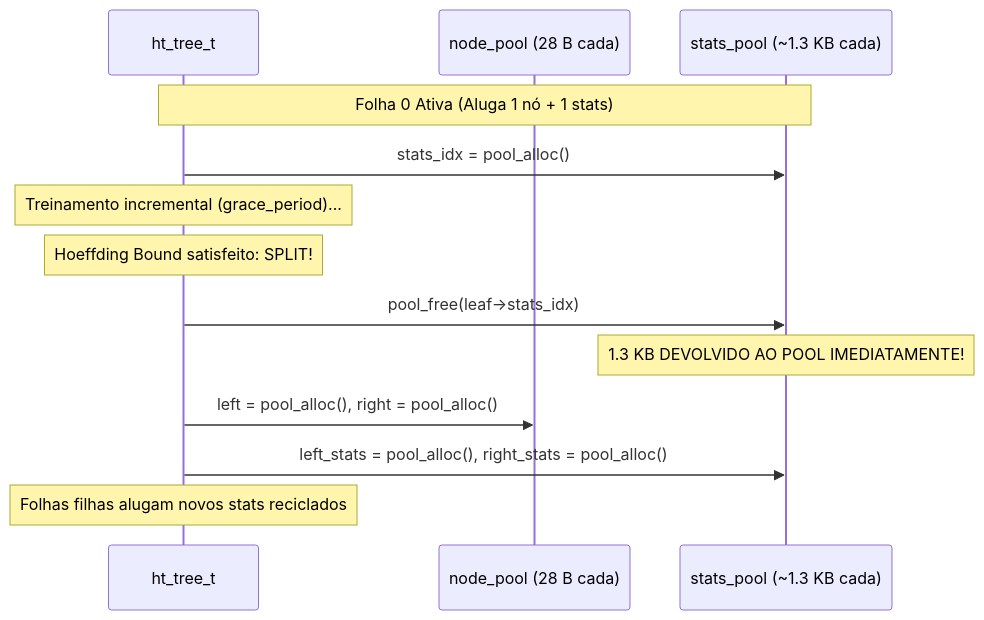
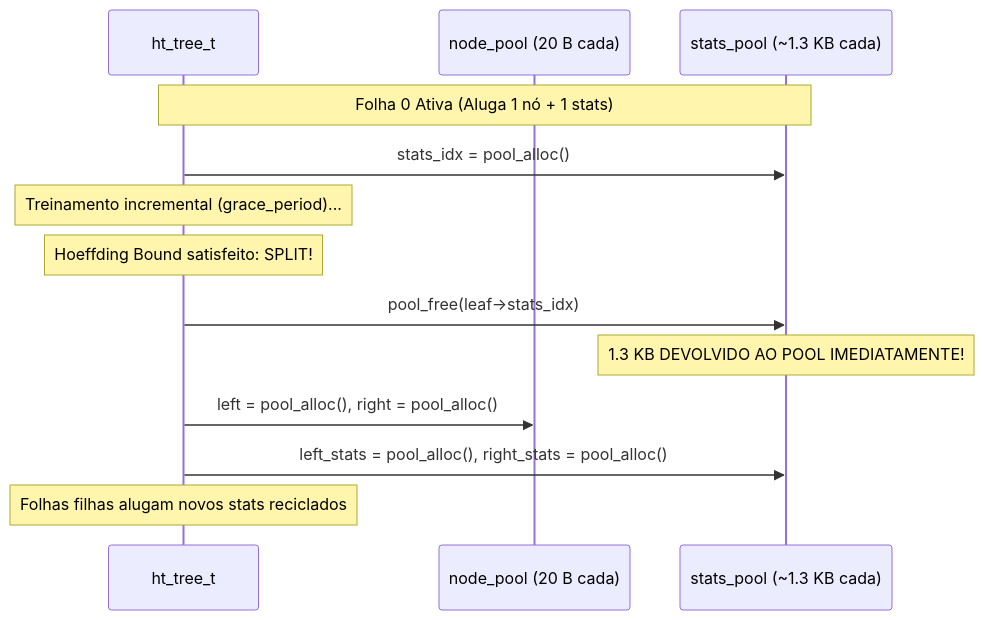
Before and after one commit to Julio-C-Oliveira/pessoal_minimal-decision-tree: the second of 3 diagrams in wiki/Origem-River-Scikit-Learn-e-Originalidade.md, drawn with Mermaid. The commit also changed other lines of this file and 8 other files, not shown here.

````diff
--- a/wiki/Origem-River-Scikit-Learn-e-Originalidade.md
+++ b/wiki/Origem-River-Scikit-Learn-e-Originalidade.md
@@ -135,18 +135,18 @@
 ```mermaid
 sequenceDiagram
     participant Tree as ht_tree_t
-    participant NodePool as node_pool (28 B cada)
+    participant NodePool as node_pool (20 B cada)
     participant StatsPool as stats_pool (~1.3 KB cada)
     
     Note over Tree,StatsPool: Folha 0 Ativa (Aluga 1 nó + 1 stats)
     Tree->>StatsPool: stats_idx = pool_alloc()
     Note over Tree: Treinamento incremental (grace_period)...
     Note over Tree: Hoeffding Bound satisfeito: SPLIT!
     
     Tree->>StatsPool: pool_free(leaf->stats_idx)
     Note over StatsPool: 1.3 KB DEVOLVIDO AO POOL IMEDIATAMENTE!
     
     Tree->>NodePool: left = pool_alloc(), right = pool_alloc()
     Tree->>StatsPool: left_stats = pool_alloc(), right_stats = pool_alloc()
     Note over Tree: Folhas filhas alugam novos stats reciclados
 ```
````
